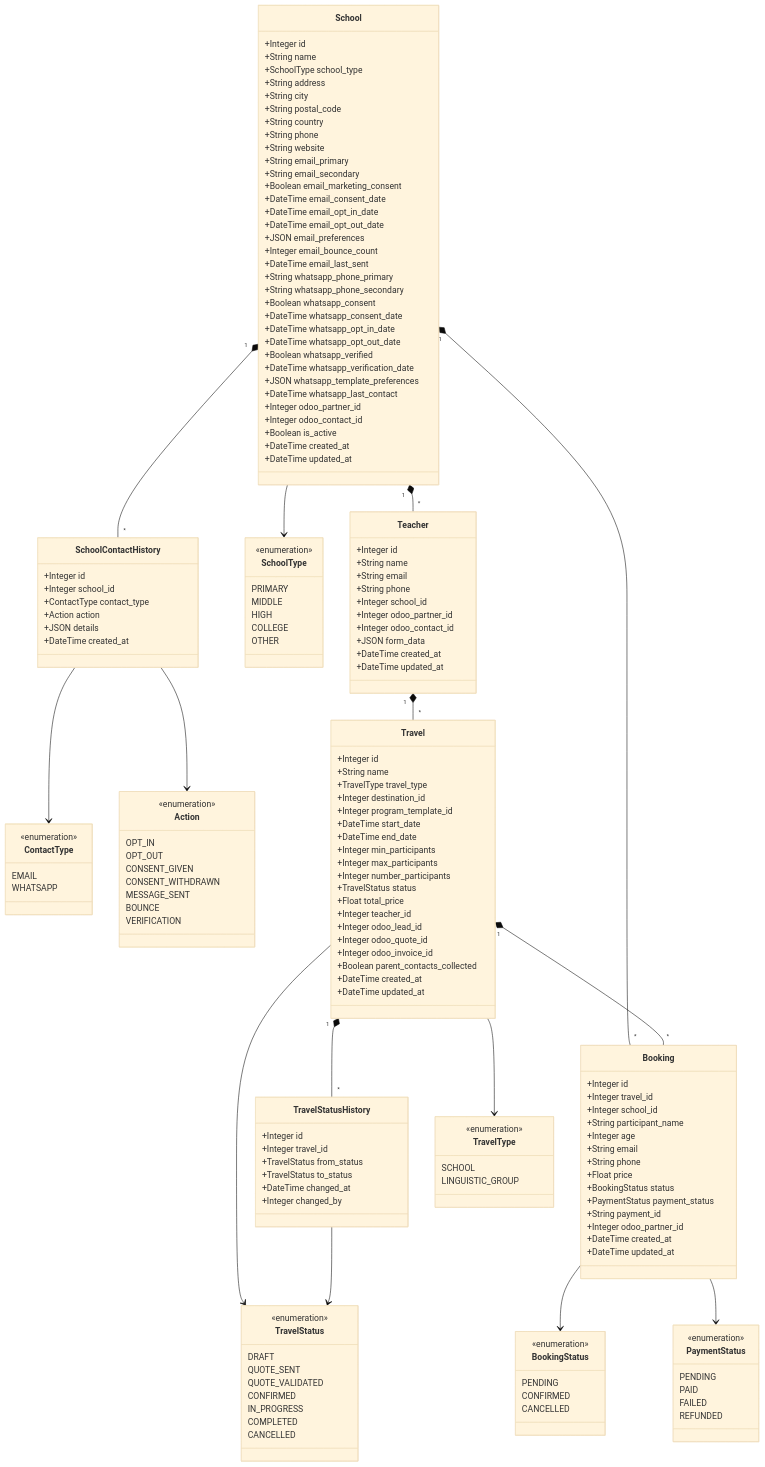
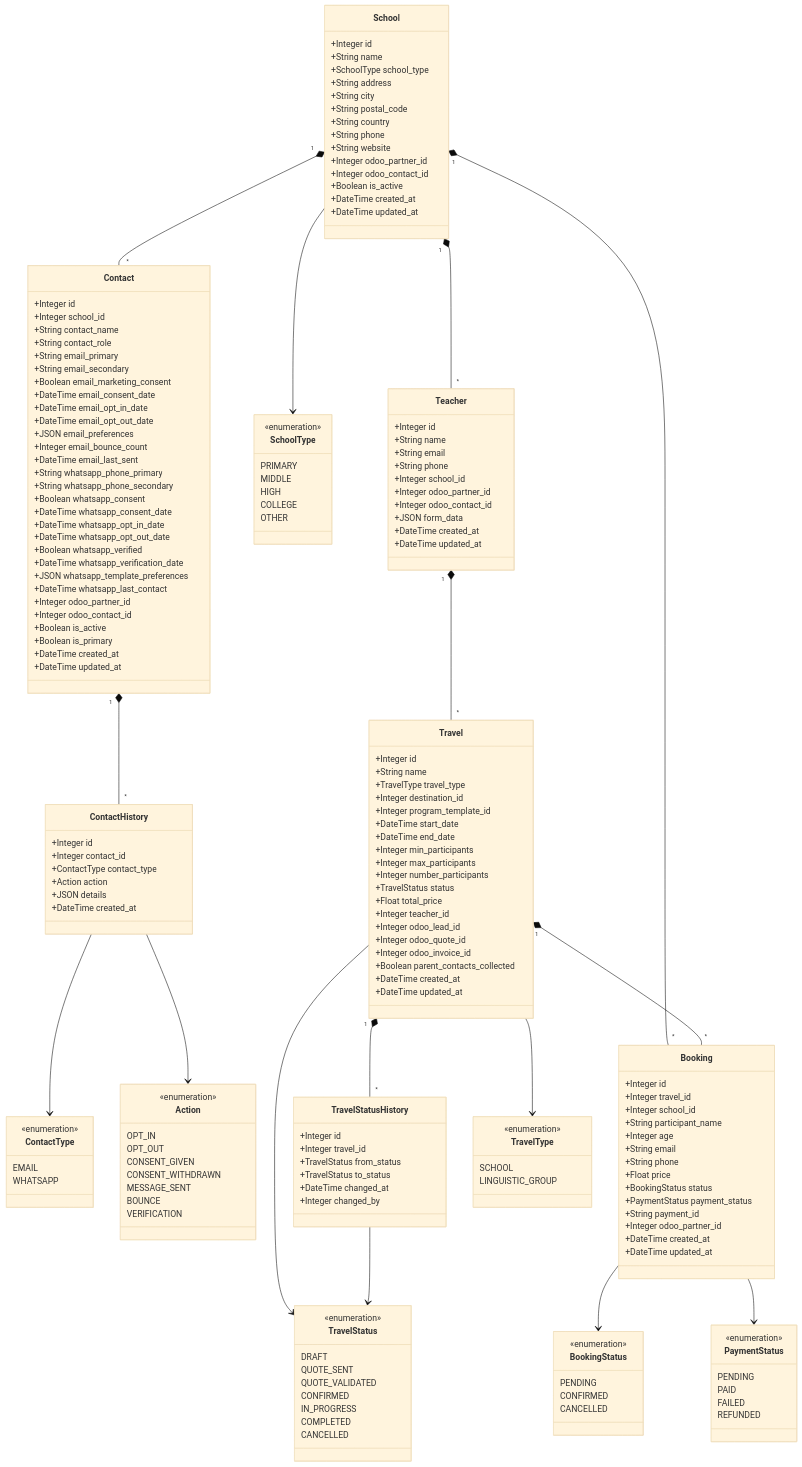
One commit to HrodMarRik/documentation-voyages changed the diagram in 02_diagrammes_uml/02_class_diagram_03_travels.md. Above: the diagram before and after it, drawn with Mermaid (base theme). The commit also changed 4 other files, not shown here.

```diff
--- a/02_diagrammes_uml/02_class_diagram_03_travels.md
+++ b/02_diagrammes_uml/02_class_diagram_03_travels.md
@@ -12,6 +12,18 @@
         +String country
         +String phone
         +String website
+        +Integer odoo_partner_id
+        +Integer odoo_contact_id
+        +Boolean is_active
+        +DateTime created_at
+        +DateTime updated_at
+    }
+    
+    class Contact {
+        +Integer id
+        +Integer school_id
+        +String contact_name
+        +String contact_role
         +String email_primary
         +String email_secondary
         +Boolean email_marketing_consent
@@ -34,13 +46,14 @@
         +Integer odoo_partner_id
         +Integer odoo_contact_id
         +Boolean is_active
+        +Boolean is_primary
         +DateTime created_at
         +DateTime updated_at
     }
     
-    class SchoolContactHistory {
+    class ContactHistory {
         +Integer id
-        +Integer school_id
+        +Integer contact_id
         +ContactType contact_type
         +Action action
         +JSON details
@@ -168,13 +181,14 @@
     
     School "1" *-- "*" Teacher
     School "1" *-- "*" Booking
-    School "1" *-- "*" SchoolContactHistory
+    School "1" *-- "*" Contact
+    Contact "1" *-- "*" ContactHistory
     Teacher "1" *-- "*" Travel
     Travel "1" *-- "*" TravelStatusHistory
     Travel "1" *-- "*" Booking
     School --> SchoolType
-    SchoolContactHistory --> ContactType
-    SchoolContactHistory --> Action
+    ContactHistory --> ContactType
+    ContactHistory --> Action
     Travel --> TravelType
     Travel --> TravelStatus
     TravelStatusHistory --> TravelStatus
```
